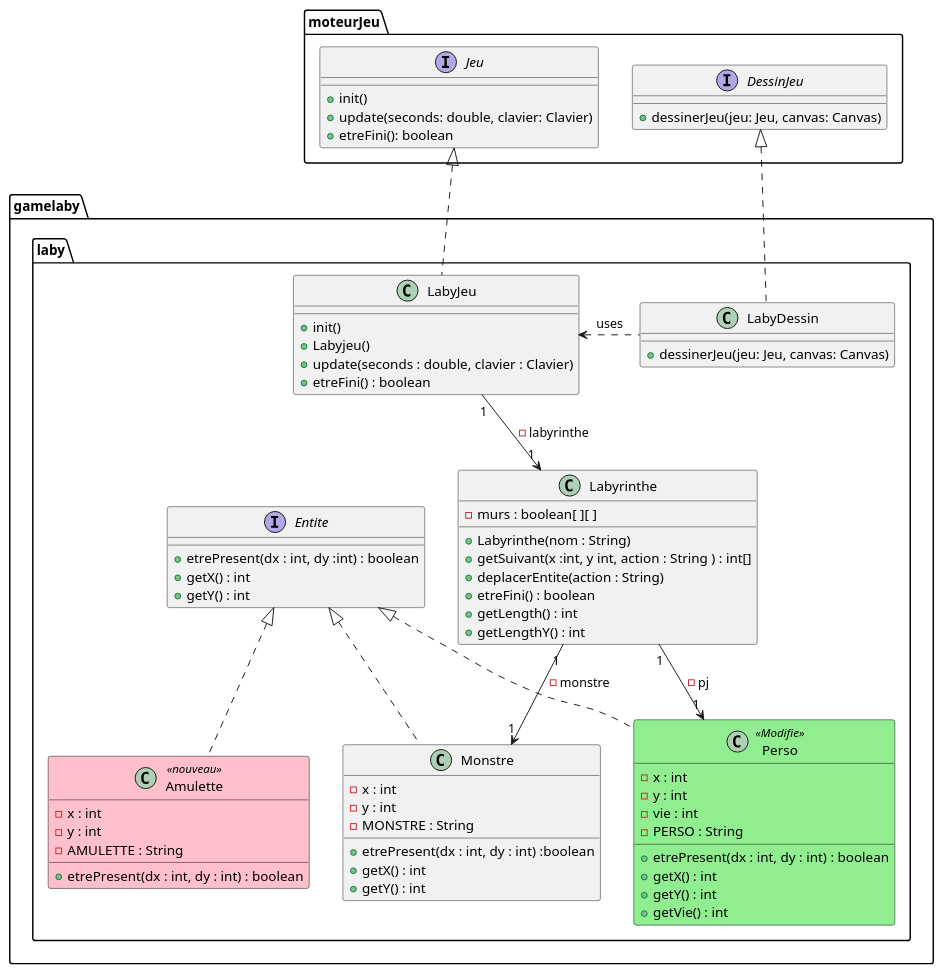
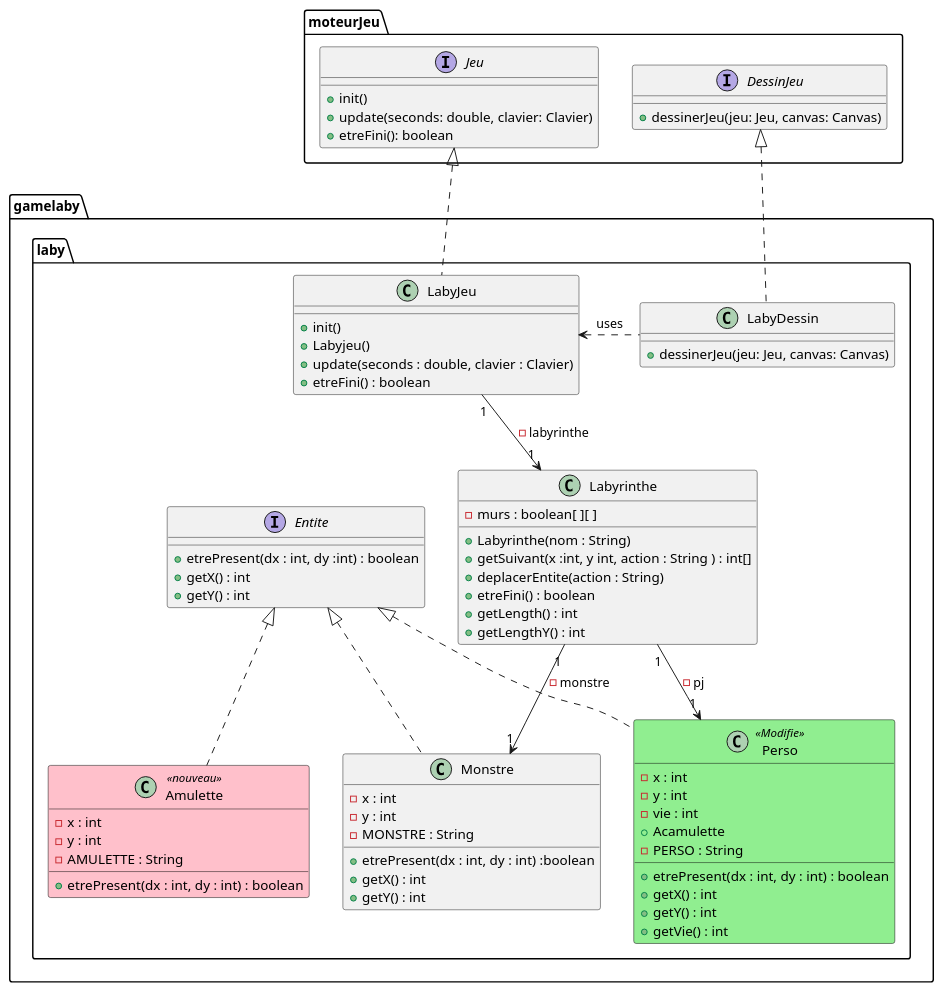
The diagram in zeldiablo/documents/version_3/DiagrammeClasseDeuxiemeIteration.puml (Jean-BaptisteEvan/2022_Zeldiablo_jeandidi3u_hary16u_jeanbap14u_dirand13u), drawn with PlantUML before and after one commit. The commit also changed 2 other files, not shown here.

Commit message:
DiagrammeSeqAffMonst fini

```diff
--- a/zeldiablo/documents/version_3/DiagrammeClasseDeuxiemeIteration.puml
+++ b/zeldiablo/documents/version_3/DiagrammeClasseDeuxiemeIteration.puml
@@ -2,90 +2,91 @@
 @startuml
 skinparam class{
     backgroundColor<<Nouveau>> Pink
     borderColor<<Nouveau>>  Black
     backgroundColor<<Modifie>> LightGreen
     borderColor<<Modifie>>  Black
 }
 package moteurJeu{
 interface Jeu{
 + init()
 + update(seconds: double, clavier: Clavier)
 + etreFini(): boolean
 }
 
 
 interface DessinJeu {
 + dessinerJeu(jeu: Jeu, canvas: Canvas)
 }
 }
 package gamelaby.laby{
     class LabyDessin{
         + dessinerJeu(jeu: Jeu, canvas: Canvas)
     }
 
 DessinJeu <|.. LabyDessin
     class LabyJeu{
         +init()
         +Labyjeu()
         +update(seconds : double, clavier : Clavier)
         +etreFini() : boolean
         }
 
 Jeu <|.. LabyJeu
 
     class Labyrinthe{
         -murs : boolean[ ][ ]
         +Labyrinthe(nom : String)
         +getSuivant(x :int, y int, action : String ) : int[]
         +deplacerEntite(action : String)
         +etreFini() : boolean
         +getLength() : int
         +getLengthY() : int
 
     }
 LabyJeu "1" --> "1" Labyrinthe : -labyrinthe
     interface Entite {
         +etrePresent(dx : int, dy :int) : boolean
         + getX() : int
         + getY() : int
 
 
 
     }
     class Perso <<Modifie>>{
     -x : int
     -y : int
     -vie : int
+    +Acamulette
     - PERSO : String
     +etrePresent(dx : int, dy : int) : boolean
     +getX() : int
     +getY() : int
     +getVie() : int
 
     }
     class Monstre{
     -x : int
     -y : int
     -MONSTRE : String
     +etrePresent(dx : int, dy : int) :boolean
     +getX() : int
     +getY() : int
 
     }
     class Amulette<<nouveau>>{
         -x : int
         -y : int
         -AMULETTE : String
         +etrePresent(dx : int, dy : int) : boolean
     }
 Entite <|.. Amulette
  Entite <|.. Perso
  Entite <|.. Monstre
  Labyrinthe "1" --> "1" Perso : -pj
  Labyrinthe "1" --> "1" Monstre : -monstre
  LabyJeu <. LabyDessin:uses
     }
 
 
 
 @enduml
```
